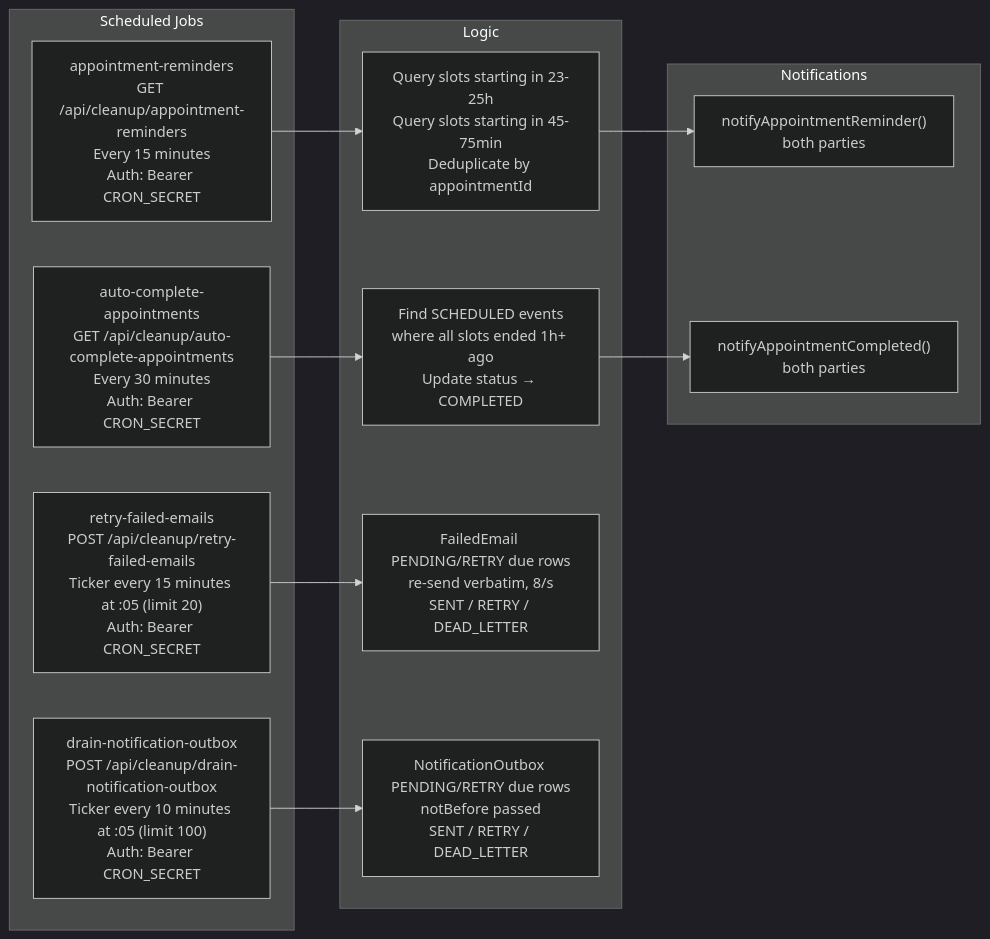
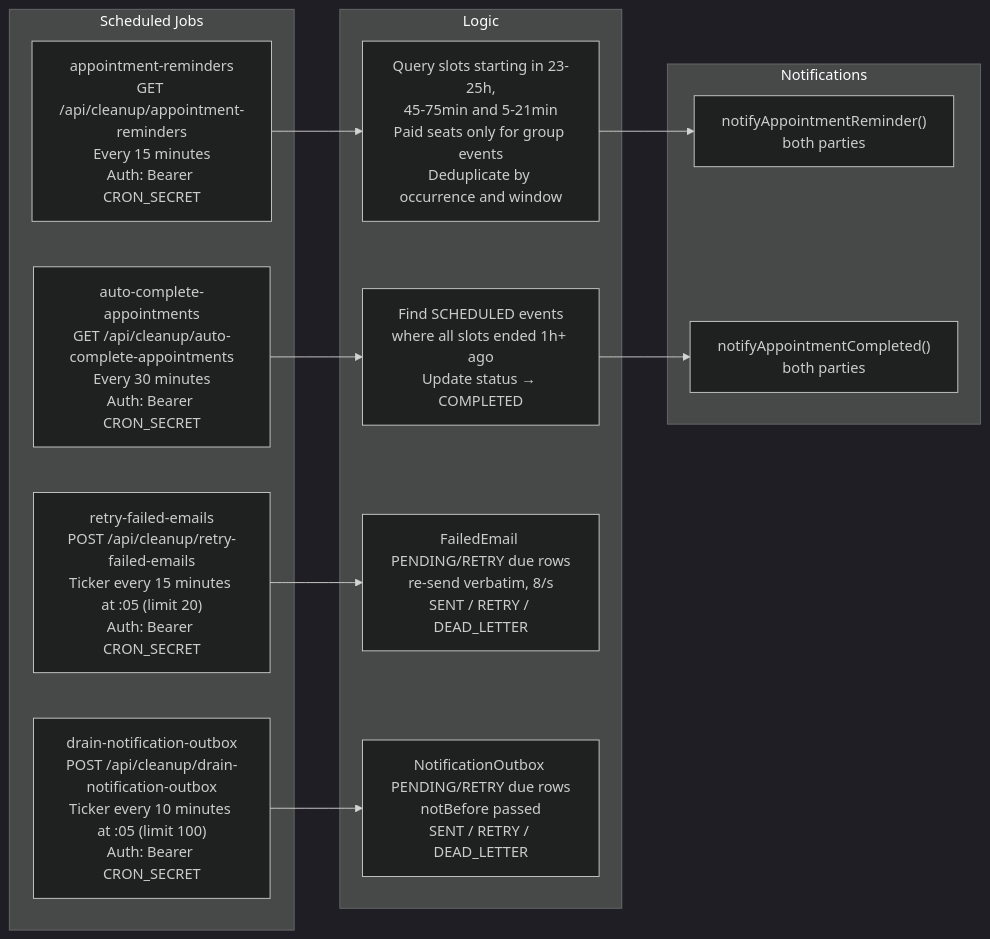
The fifth of 5 diagrams in docs/notifications/04-ecosystem-architecture.md (Practitionist/familiarise_web), drawn with Mermaid (dark theme) before and after one commit. The commit also changed other lines of this file and 13 other files, not shown here.

````diff
--- a/docs/notifications/04-ecosystem-architecture.md
+++ b/docs/notifications/04-ecosystem-architecture.md
@@ -384,26 +384,26 @@
 ```mermaid
 flowchart LR
     subgraph CRONS["Scheduled Jobs"]
         C1["appointment-reminders\nGET /api/cleanup/appointment-reminders\nEvery 15 minutes\nAuth: Bearer CRON_SECRET"]
         C2["auto-complete-appointments\nGET /api/cleanup/auto-complete-appointments\nEvery 30 minutes\nAuth: Bearer CRON_SECRET"]
         C3["retry-failed-emails\nPOST /api/cleanup/retry-failed-emails\nTicker every 15 minutes at :05 (limit 20)\nAuth: Bearer CRON_SECRET"]
         C4["drain-notification-outbox\nPOST /api/cleanup/drain-notification-outbox\nTicker every 10 minutes at :05 (limit 100)\nAuth: Bearer CRON_SECRET"]
     end
 
     subgraph LOGIC["Logic"]
-        L1["Query slots starting in 23-25h\nQuery slots starting in 45-75min\nDeduplicate by appointmentId"]
+        L1["Query slots starting in 23-25h,\n45-75min and 5-21min\nPaid seats only for group events\nDeduplicate by occurrence and window"]
         L2["Find SCHEDULED events\nwhere all slots ended 1h+ ago\nUpdate status → COMPLETED"]
         L3["FailedEmail PENDING/RETRY due rows\nre-send verbatim, 8/s\nSENT / RETRY / DEAD_LETTER"]
         L4["NotificationOutbox PENDING/RETRY due rows\nnotBefore passed\nSENT / RETRY / DEAD_LETTER"]
     end
 
     subgraph NOTIFY["Notifications"]
         N1["notifyAppointmentReminder()\nboth parties"]
         N2["notifyAppointmentCompleted()\nboth parties"]
     end
 
     C1 --> L1 --> N1
     C2 --> L2 --> N2
     C3 --> L3
     C4 --> L4
 ```
````
